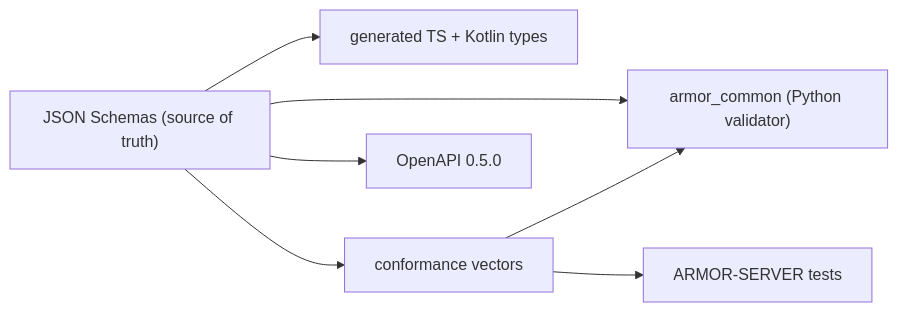
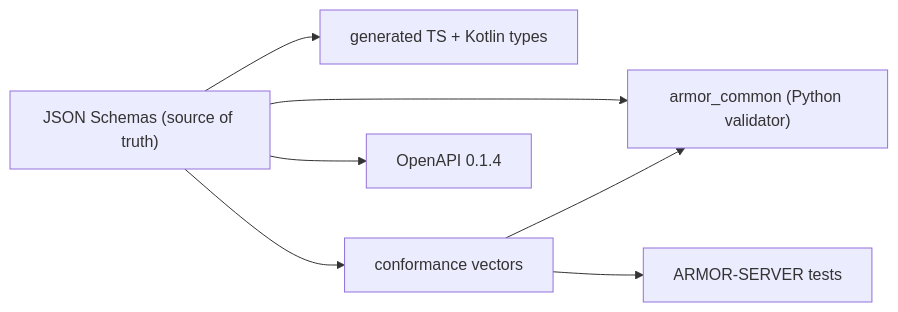
Before and after one commit to JuanenRac/ARMOR-COMMON: the diagram in README.md, drawn with Mermaid. The commit also changed other lines of this file and 6 other files, not shown here.

````diff
--- a/README.md
+++ b/README.md
@@ -39,9 +39,9 @@
 ```mermaid
 flowchart LR
     S["JSON Schemas (source of truth)"] --> P["armor_common (Python validator)"]
     S --> G["generated TS + Kotlin types"]
     S --> V["conformance vectors"]
     V --> P
     V --> T["ARMOR-SERVER tests"]
-    S --> O["OpenAPI 0.5.0"]
+    S --> O["OpenAPI 0.1.4"]
 ```
````
